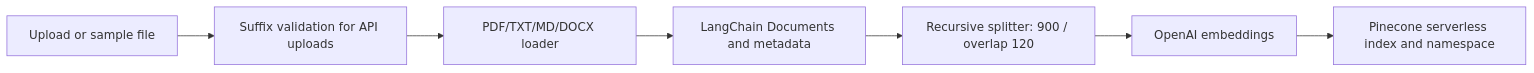
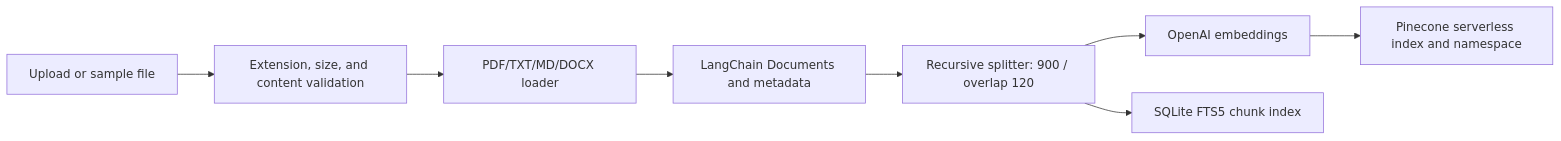
One commit to arifunsari/Enterprise-IT-Support-AI-Copilot changed the eighth of 16 diagrams in architecture.md. Above: the diagram before and after it, drawn with Mermaid. The commit also changed other lines of this file and 16 other files, not shown here.

````diff
--- a/architecture.md
+++ b/architecture.md
@@ -433,9 +440,10 @@
 ```mermaid
 flowchart LR
-    U[Upload or sample file] --> S[Suffix validation for API uploads]
+    U[Upload or sample file] --> S[Extension, size, and content validation]
     S --> L[PDF/TXT/MD/DOCX loader]
     L --> D[LangChain Documents and metadata]
     D --> C[Recursive splitter: 900 / overlap 120]
     C --> E[OpenAI embeddings]
     E --> P[Pinecone serverless index and namespace]
+    C --> F[SQLite FTS5 chunk index]
 ```
````
